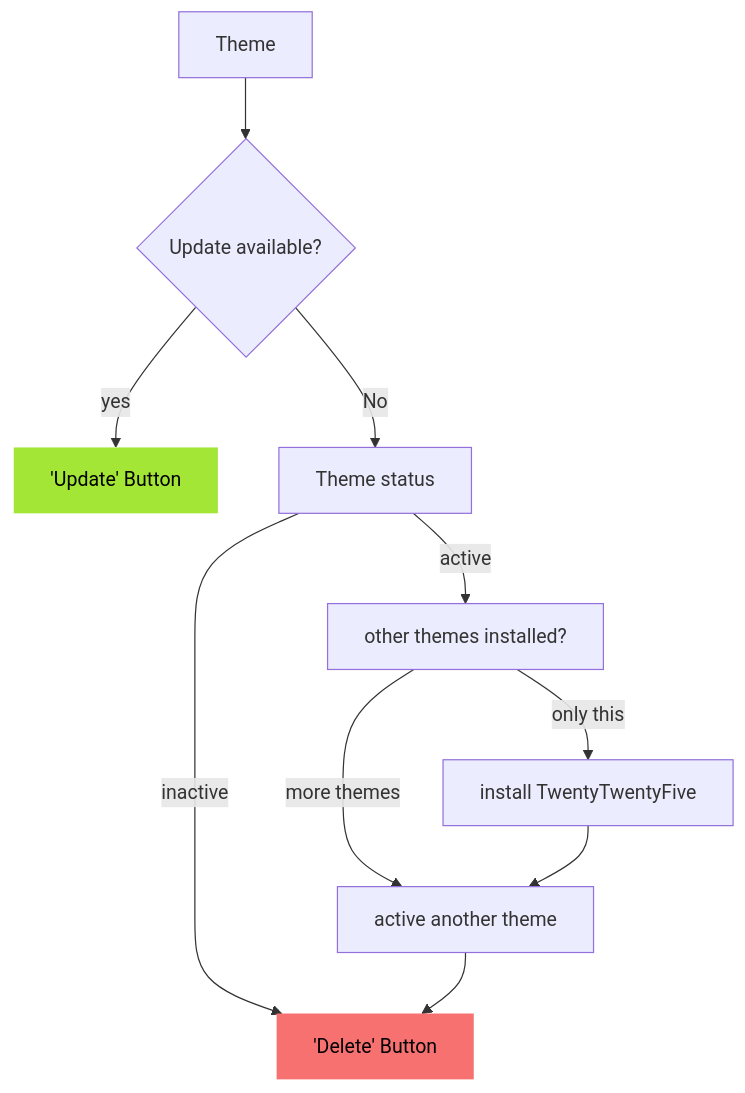
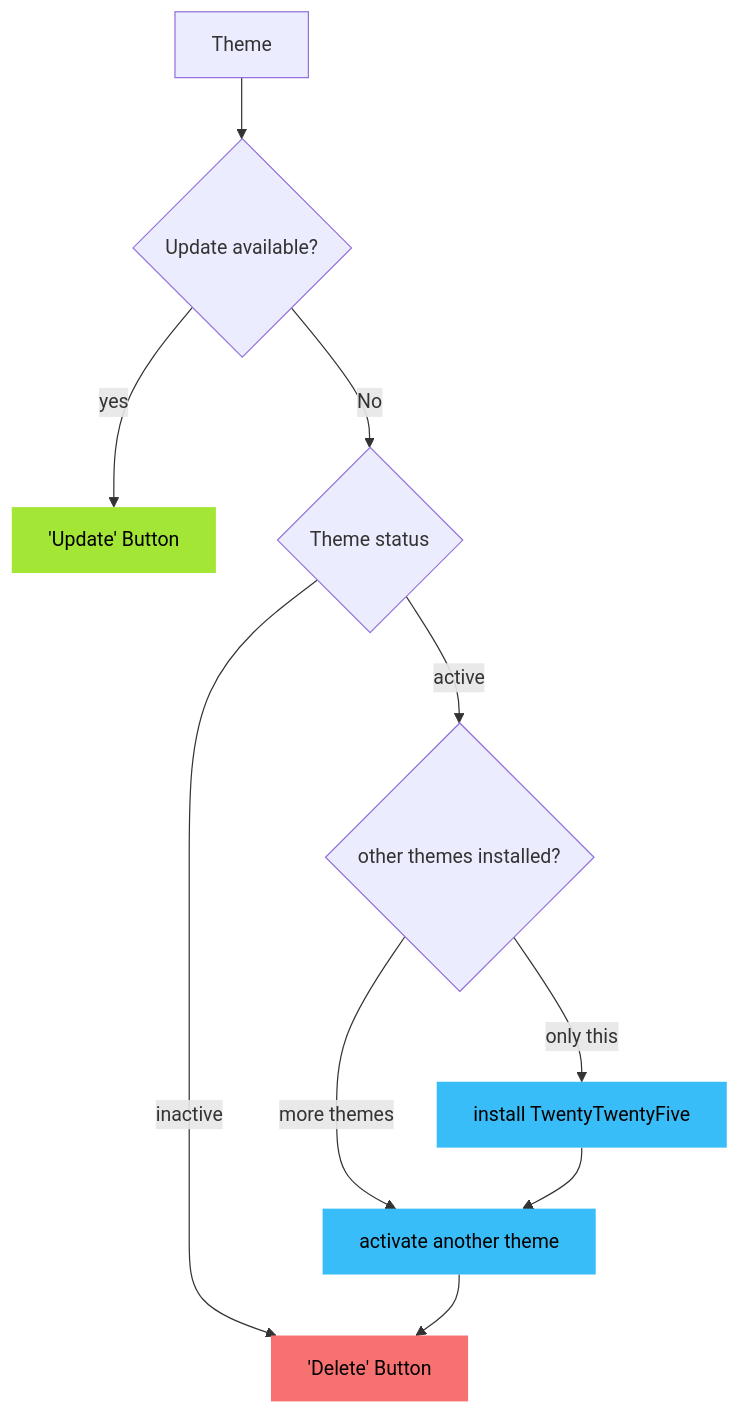
The fourth of 4 diagrams in packages/wp-plugin/ionos-essentials/inc/wpscan/README.md (IONOS-WordPress/ionos-wordpress), drawn with Mermaid before and after one commit. The commit also changed other lines of this file, not shown here.

Commit message:
update proposal

````diff
--- a/packages/wp-plugin/ionos-essentials/inc/wpscan/README.md
+++ b/packages/wp-plugin/ionos-essentials/inc/wpscan/README.md
@@ -61,19 +61,23 @@
 ```mermaid
 flowchart TD
   A[Theme] --> B{Update available?}
   B -- yes --> F['Update' Button]
 
-  B -- No --> D[Theme status]
+  B -- No --> D{Theme status}
   D -- inactive --> X['Delete' Button]
-  D -- active -->E[other themes installed?]
+  D -- active -->E{other themes installed?}
   E -- only this --> H[install TwentyTwentyFive ]
-  E -- more themes --> G[active another theme]
+  E -- more themes --> G[activate another theme]
   H --> G
   G --> X
 
   classDef greenNode fill:#a3e635,stroke-width:0px,color:#000;
   class F greenNode;
 
+  classDef blueNode fill:#38bdf8,stroke-width:0px,color:#000;
+  class G blueNode;
+  class H blueNode
+
   classDef redNode fill:#f87171,stroke-width:0px,color:#000;
   class X redNode;
 ```
````
